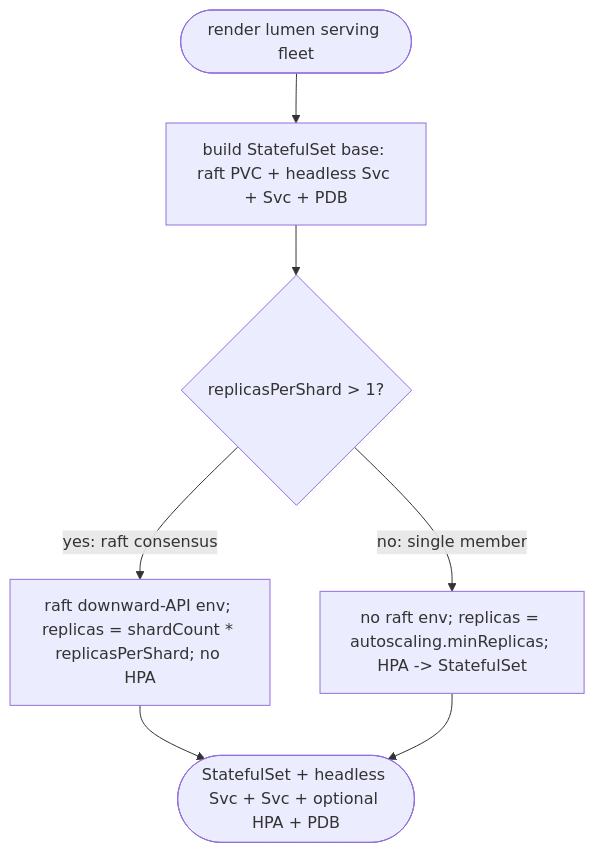
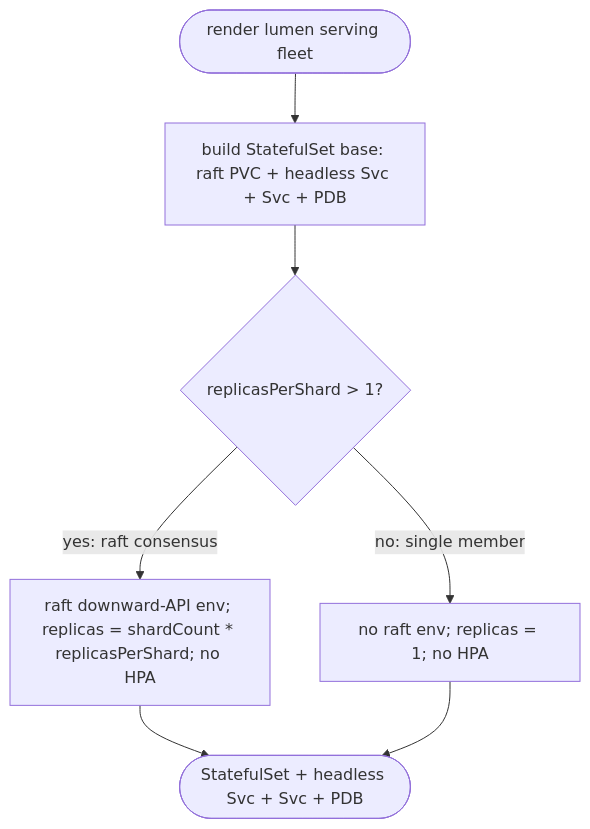
The first of 2 diagrams in apps/lumen/tech-design/logic/render-serving-as-a-statefulset-unconditionally-even-at-replicas.md (chrischeng-c4/axiom), drawn with Mermaid before and after one commit. The commit also changed 12 other files, not shown here.

````diff
--- a/apps/lumen/tech-design/logic/render-serving-as-a-statefulset-unconditionally-even-at-replicas.md
+++ b/apps/lumen/tech-design/logic/render-serving-as-a-statefulset-unconditionally-even-at-replicas.md
@@ -23,27 +23,27 @@
 ```mermaid
 ---
 id: serving-fleet-workload-kind
 entry: start
 nodes:
   start:      { kind: start,    label: "render(lumen) serving fleet" }
   base:       { kind: process,  label: "build StatefulSet base: PVC volumeClaimTemplate 'raft' @ /var/lib/lumen + headless Service + ClusterIP Service + PDB" }
   raft_ha:    { kind: decision, label: "replicasPerShard > 1?" }
   raft_env:   { kind: process,  label: "add raft downward-API env (POD_NAME/POD_NAMESPACE/REPLICAS_PER_SHARD/VOTER_COUNT/LUMEN_HEADLESS_SERVICE); replicas = shardCount * replicasPerShard; no HPA" }
-  solo_env:   { kind: process,  label: "no raft env (single member, no consensus); replicas = autoscaling.minReplicas; attach HPA (scaleTargetRef=StatefulSet)" }
-  emit:       { kind: terminal, label: "emit StatefulSet + headless Service + Service + [HPA] + PDB (+ observability if enabled)" }
+  solo_env:   { kind: process,  label: "no raft env (single member, no consensus); replicas = 1; no HPA" }
+  emit:       { kind: terminal, label: "emit StatefulSet + headless Service + Service + PDB (+ observability if enabled)" }
 edges:
   - { from: start,   to: base }
   - { from: base,    to: raft_ha }
   - { from: raft_ha, to: raft_env, label: "yes (raft consensus)" }
   - { from: raft_ha, to: solo_env, label: "no (single member)" }
   - { from: raft_env, to: emit }
   - { from: solo_env, to: emit }
 ---
 flowchart TD
     start([render lumen serving fleet]) --> base[build StatefulSet base: raft PVC + headless Svc + Svc + PDB]
     base --> raft_ha{replicasPerShard > 1?}
     raft_ha -->|yes: raft consensus| raft_env[raft downward-API env; replicas = shardCount * replicasPerShard; no HPA]
-    raft_ha -->|no: single member| solo_env[no raft env; replicas = autoscaling.minReplicas; HPA -> StatefulSet]
-    raft_env --> emit([StatefulSet + headless Svc + Svc + optional HPA + PDB])
+    raft_ha -->|no: single member| solo_env[no raft env; replicas = 1; no HPA]
+    raft_env --> emit([StatefulSet + headless Svc + Svc + PDB])
     solo_env --> emit
 ```
````
